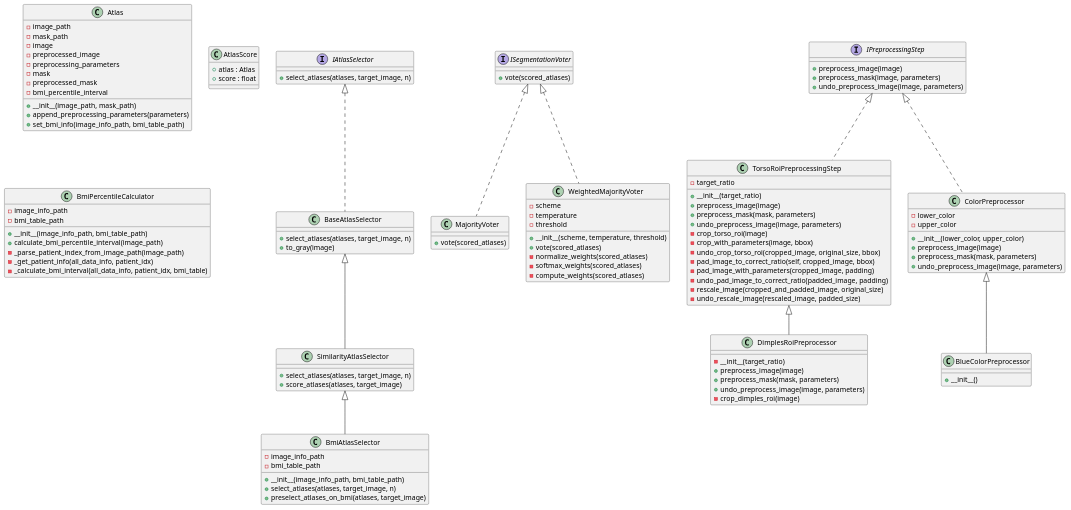
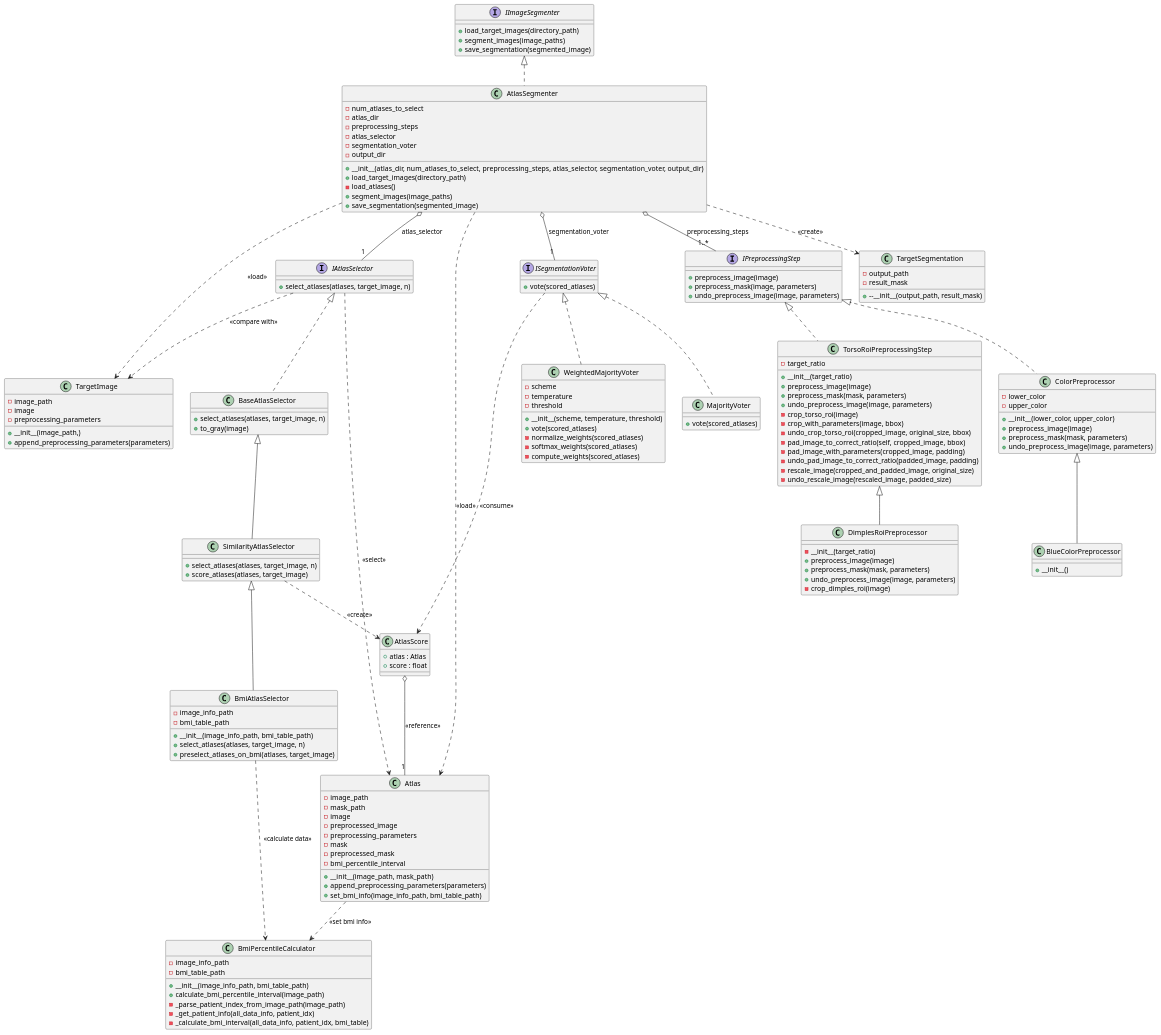
The diagram in class-diagram.puml (P4u14/diplomarbeit), drawn with PlantUML before and after one commit. The commit also changed 1 other file, not shown here.

Commit message:
update class diagramm

```diff
--- a/class-diagram.puml
+++ b/class-diagram.puml
@@ -36,13 +36,6 @@
     + preselect_atlases_on_bmi(atlases, target_image)
 }
 
-IAtlasSelector <|.. BaseAtlasSelector
-BaseAtlasSelector <|-- SimilarityAtlasSelector
-SimilarityAtlasSelector <|-- BmiAtlasSelector
-
-
-
-
 interface ISegmentationVoter {
     + vote(scored_atlases)
 }
@@ -61,11 +54,6 @@
     - softmax_weights(scored_atlases)
     - compute_weights(scored_atlases)
 }
-
-ISegmentationVoter <|.. MajorityVoter
-ISegmentationVoter <|.. WeightedMajorityVoter
-
-
 
 interface IPreprocessingStep {
     + preprocess_image(image)
@@ -110,12 +98,39 @@
     + __init__()
 }
 
+interface IImageSegmenter {
+    + load_target_images(directory_path)
+    + segment_images(image_paths)
+    + save_segmentation(segmented_image)
+}
 
-IPreprocessingStep <|.. TorsoRoiPreprocessingStep
-TorsoRoiPreprocessingStep <|-- DimplesRoiPreprocessor
-IPreprocessingStep <|.. ColorPreprocessor
-ColorPreprocessor <|-- BlueColorPreprocessor
+class AtlasSegmenter {
+    - num_atlases_to_select
+    - atlas_dir
+    - preprocessing_steps
+    - atlas_selector
+    - segmentation_voter
+    - output_dir
+    + __init__(atlas_dir, num_atlases_to_select, preprocessing_steps, atlas_selector, segmentation_voter, output_dir)
+    + load_target_images(directory_path)
+    - load_atlases()
+    + segment_images(image_paths)
+    + save_segmentation(segmented_image)
+}
 
+class TargetImage {
+    - image_path
+    - image
+    - preprocessing_parameters
+    + __init__(image_path,)
+    + append_preprocessing_parameters(parameters)
+}
+
+class TargetSegmentation {
+    - output_path
+    - result_mask
+    + --__init__(output_path, result_mask)
+}
 
 
 class AtlasScore {
@@ -133,121 +148,37 @@
     - _calculate_bmi_interval(all_data_info, patient_idx, bmi_table)
 }
 
+IImageSegmenter <|.. AtlasSegmenter
 
+AtlasSegmenter o-- "1..*" IPreprocessingStep : preprocessing_steps
+AtlasSegmenter o-- "1" IAtlasSelector : atlas_selector
+AtlasSegmenter o-- "1" ISegmentationVoter : segmentation_voter
+AtlasSegmenter ..> Atlas : <<load>>
+AtlasSegmenter ..> TargetImage : <<load>>
+AtlasSegmenter ..> TargetSegmentation : <<create>>
 
-'
-'interface IImageSegmenter {
-'+ load_target_images()
-'+ segment_image()
-'+ save_segmentation()
-'}
-'
-'IImageSegmenter <|.. AtlasSegmenter
-'IImageSegmenter <|.. AISegmenter
-'
-'class AtlasSegmenter {
-'- num_atlases_to_select: int
-'- atlas_selector: IAtlasSelector
-'- preprocessing_steps: List<IPreprocessingStep>
-'- voting_strategy: IVotingStrategy
-'- atlas_path
-'- target_image_path
-'- segmentation_Result_path
-'+ load_atlases()
-'+ load_target_images()
-'+ preprocess_atlases(preprocessing_steps: List<IPreprocessingStep>)
-'+ preprocess_target_images(preprocessing_steps: List<IPreprocessingStep>))
-'+ select_atlases(atlas_selector: IAtlasSelector)
-'+ vote_segmentation()
-'+ undo_preprocessing(preprocessing_steps: List<IPreprocessingStep>)
-'+ save_segmentation()
-'}
-'
-'
-'class SimilarityAtlasSelector {
-'+ select_atlases(List<Atlas>, target_image_path, num_atlases_to_select): List<Atlas>
-'}
-'
-'class BMIAtlasSelector {
-'+ select_atlases(List<Atlas>, target_image_path, num_atlases_to_select): List<Atlas>
-'}
-'
-'interface IPreprocessingStep {
-'- target_image_path
-'+ preprocess_image(target_image_path): Image
-'+ undo_preprocess_image(target_image_path): Image
-'}
-'
-'class TorsoRoiPreprocessingStep {
-'- original_size: (int, int)
-'- target_ratio: float
-'- cropped_size: (int, int)
-'- bbox: (int, int, int, int)
-'- padding: (int, int, int, int)
-'+ preprocess_image(target_image_path): Image
-'+ undo_preprocess_image(target_image_path): Image
-'}
-'
-'class DimplesRoiPreprocessingStep {
-'- original_size: (int, int)
-'- target_ratio: float
-'- cropped_size: (int, int)
-'- bbox: (int, int, int, int)
-'- padding: (int, int, int, int)
-'+ preprocess_image(target_image_path): Image
-'+ undo_preprocess_image(target_image_path): Image
-'}
-'
-'class ColorPreprocessingStep {
-'- target_color_space: str
-'+ preprocess_image(target_image_path): Image
-'+ undo_preprocess_image(target_image_path): Image
-'}
-'
-'interface IVotingStrategy {
-'vote_segmentation(selected_atlases: List[Atlas], target_image_path): Image
-'}
-'
-'class MajorityVotingStrategy {
-'+ vote_segmentation(selected_atlases: List<Atlas>, target_image_path): Image
-'}
-'
-'class WeightedVotingStrategy {
-'- weights: List[float]
-'+ vote_segmentation(selected_atlases: List<Atlas>, target_image_path): Image
-'}
-'
-'class SoftMaxVotingStrategy {
-'- temperature: float
-'+ vote_segmentation(selected_atlases: List<Atlas>, target_image_path): Image
-'}
-'
-'
-'AtlasSegmenter "1" o-- "*" Atlas
-'AtlasSegmenter "1" *-- "1" IAtlasSelector
-'IAtlasSelector <|.. SimilarityAtlasSelector
-'IAtlasSelector <|.. BMIAtlasSelector
-'AtlasSegmenter "1" o-- "*" IPreprocessingStep
-'IPreprocessingStep <|.. TorsoRoiPreprocessingStep
-'IPreprocessingStep <|.. DimplesRoiPreprocessingStep
-'IPreprocessingStep <|.. ColorPreprocessingStep
-'AtlasSegmenter "1" *-- "1" IVotingStrategy
-'IVotingStrategy <|.. MajorityVotingStrategy
-'IVotingStrategy <|.. WeightedVotingStrategy
-'IVotingStrategy <|.. SoftMaxVotingStrategy
-'
-'class SegmentationValidator {
-'- ground_truth_path: str
-'- segmentation_result_path: str
-'+ calculate_dice_coefficient(ground_truth_path: str, segmentation_result_path: str): float
-'+ calculate_dimples_number_difference(ground_truth_path: str, segmentation_result_path: str): int
-'+ calculate_dimples_center_difference(ground_truth_path: str, segmentation_result_path: str): float
-'}
-'
-'class AISegmenter {
-'+ load_model()
-'+ segment_image()
-'+ save_segmentation()
-'}
+IAtlasSelector <|.. BaseAtlasSelector
+BaseAtlasSelector <|-- SimilarityAtlasSelector
+SimilarityAtlasSelector <|-- BmiAtlasSelector
+
+IAtlasSelector ..> Atlas : <<select>>
+IAtlasSelector ..> TargetImage : <<compare with>>
+
+SimilarityAtlasSelector ..> AtlasScore : <<create>>
+
+BmiAtlasSelector ..> BmiPercentileCalculator : <<calculate data>>
+
+IPreprocessingStep <|.. TorsoRoiPreprocessingStep
+TorsoRoiPreprocessingStep <|-- DimplesRoiPreprocessor
+IPreprocessingStep <|.. ColorPreprocessor
+ColorPreprocessor <|-- BlueColorPreprocessor
+
+ISegmentationVoter <|.. MajorityVoter
+ISegmentationVoter <|.. WeightedMajorityVoter
+ISegmentationVoter ..> AtlasScore : <<consume>>
+
+AtlasScore o-- "1" Atlas : <<reference>>
+
+Atlas ..> BmiPercentileCalculator : <<set bmi info>>
 
 @enduml
```
